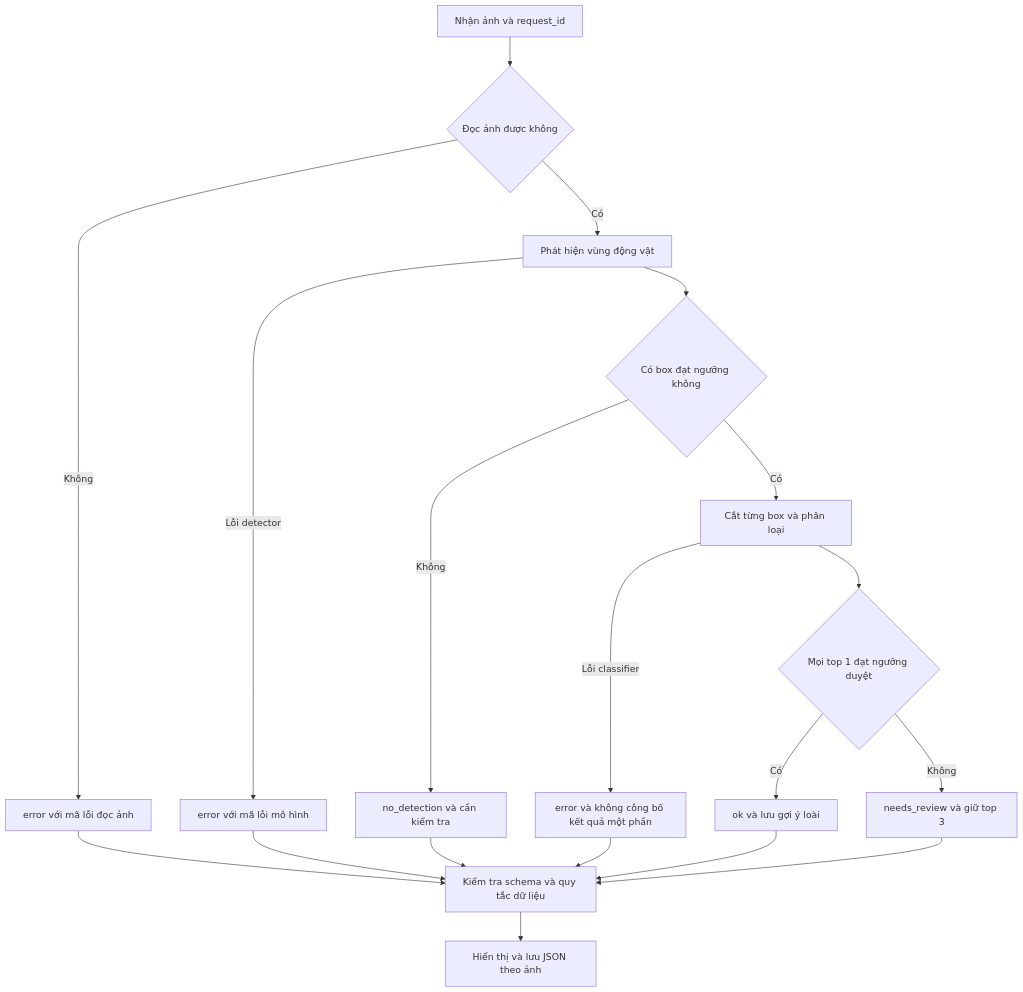
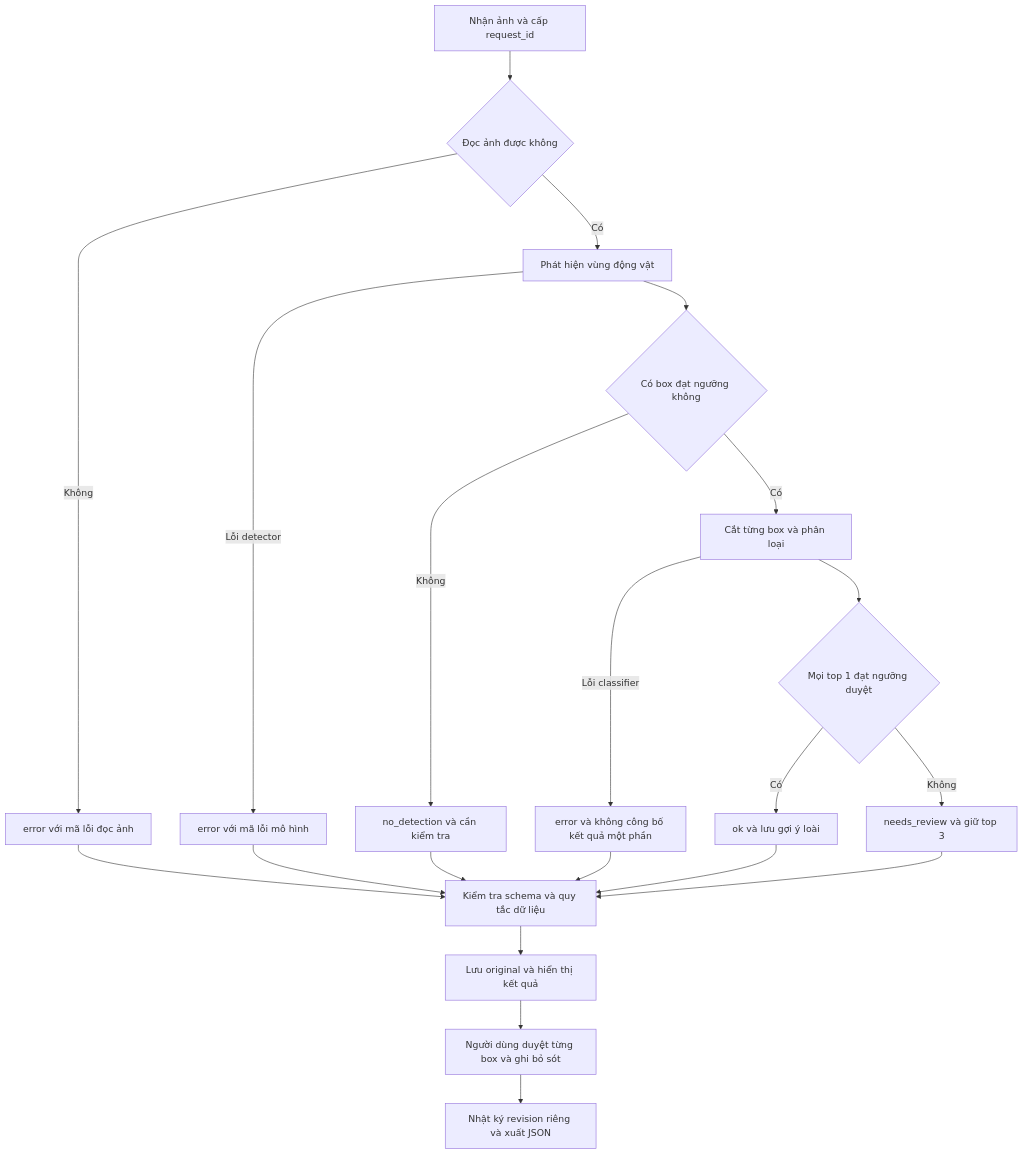
The second of 2 diagrams in docs/architecture.md (huyryan220806/Camera-Trap-ML), drawn with Mermaid before and after one commit. The commit also changed other lines of this file and 13 other files, not shown here.

````diff
--- a/docs/architecture.md
+++ b/docs/architecture.md
@@ -40,21 +50,23 @@
 ```mermaid
 flowchart TD
-  A[Nhận ảnh và request_id] --> B{Đọc ảnh được không}
+  A[Nhận ảnh và cấp request_id] --> B{Đọc ảnh được không}
   B -->|Không| E[error với mã lỗi đọc ảnh]
   B -->|Có| C[Phát hiện vùng động vật]
   C -->|Lỗi detector| E2[error với mã lỗi mô hình]
   C --> D{Có box đạt ngưỡng không}
   D -->|Không| N[no_detection và cần kiểm tra]
   D -->|Có| F[Cắt từng box và phân loại]
   F -->|Lỗi classifier| E3[error và không công bố kết quả một phần]
   F --> G{Mọi top 1 đạt ngưỡng duyệt}
   G -->|Có| O[ok và lưu gợi ý loài]
   G -->|Không| R[needs_review và giữ top 3]
   O --> V[Kiểm tra schema và quy tắc dữ liệu]
   R --> V
   N --> V
   E --> V
   E2 --> V
   E3 --> V
-  V --> U[Hiển thị và lưu JSON theo ảnh]
+  V --> U[Lưu original và hiển thị kết quả]
+  U --> R2[Người dùng duyệt từng box và ghi bỏ sót]
+  R2 --> J[Nhật ký revision riêng và xuất JSON]
 ```
````
